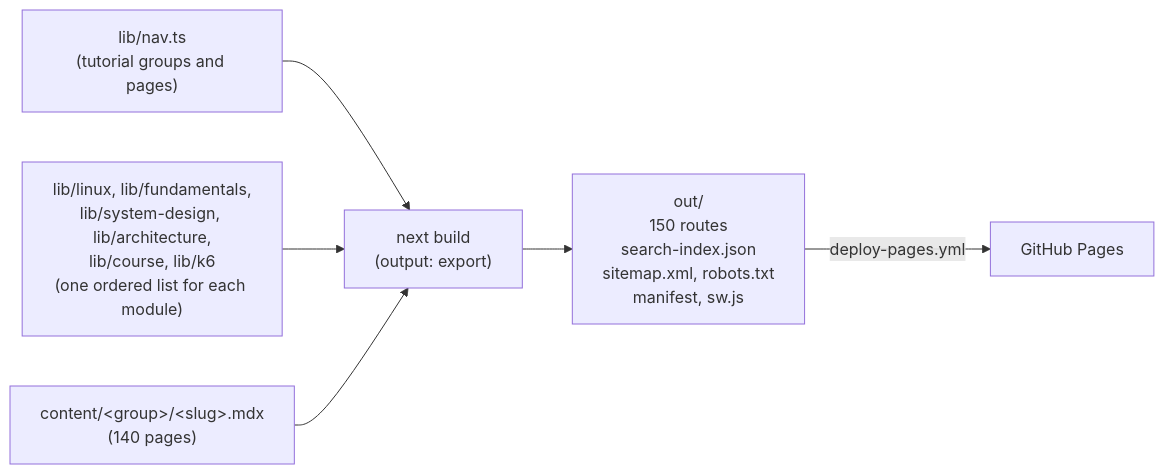
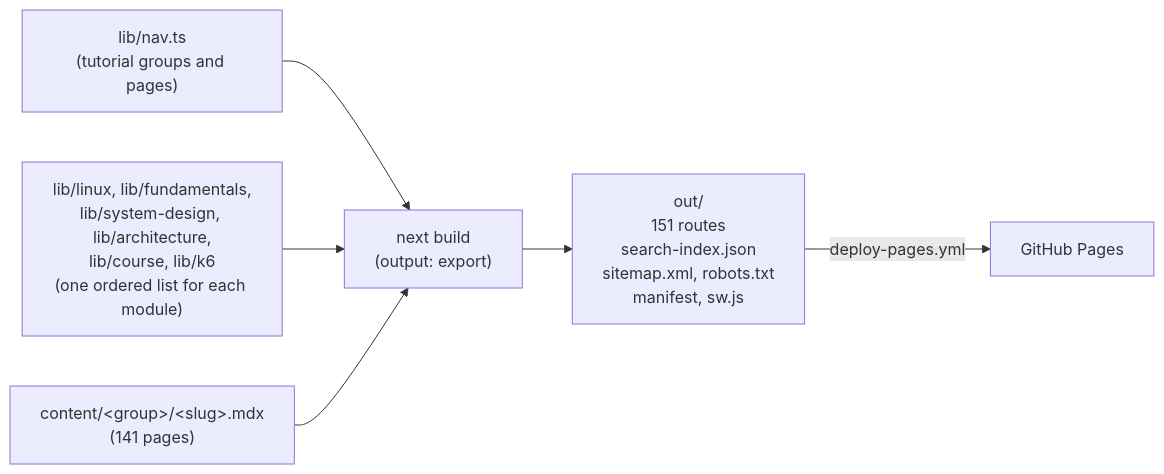
The diagram in docs/ARCHITECTURE.md (kawsar-95/ai-testing-guide), drawn with Mermaid before and after one commit. The commit also changed other lines of this file and 17 other files, not shown here.

````diff
--- a/docs/ARCHITECTURE.md
+++ b/docs/ARCHITECTURE.md
@@ -9,15 +9,15 @@
 ```mermaid
 flowchart LR
   nav["lib/nav.ts<br/>(tutorial groups and pages)"]
   mods["lib/linux, lib/fundamentals,<br/>lib/system-design, lib/architecture,<br/>lib/course, lib/k6<br/>(one ordered list for each module)"]
-  mdx["content/&lt;group&gt;/&lt;slug&gt;.mdx<br/>(140 pages)"]
+  mdx["content/&lt;group&gt;/&lt;slug&gt;.mdx<br/>(141 pages)"]
   build["next build<br/>(output: export)"]
-  out["out/<br/>150 routes<br/>search-index.json<br/>sitemap.xml, robots.txt<br/>manifest, sw.js"]
+  out["out/<br/>151 routes<br/>search-index.json<br/>sitemap.xml, robots.txt<br/>manifest, sw.js"]
   pages["GitHub Pages"]
 
   nav --> build
   mods --> build
   mdx --> build
   build --> out
   out -->|deploy-pages.yml| pages
 ```
````
